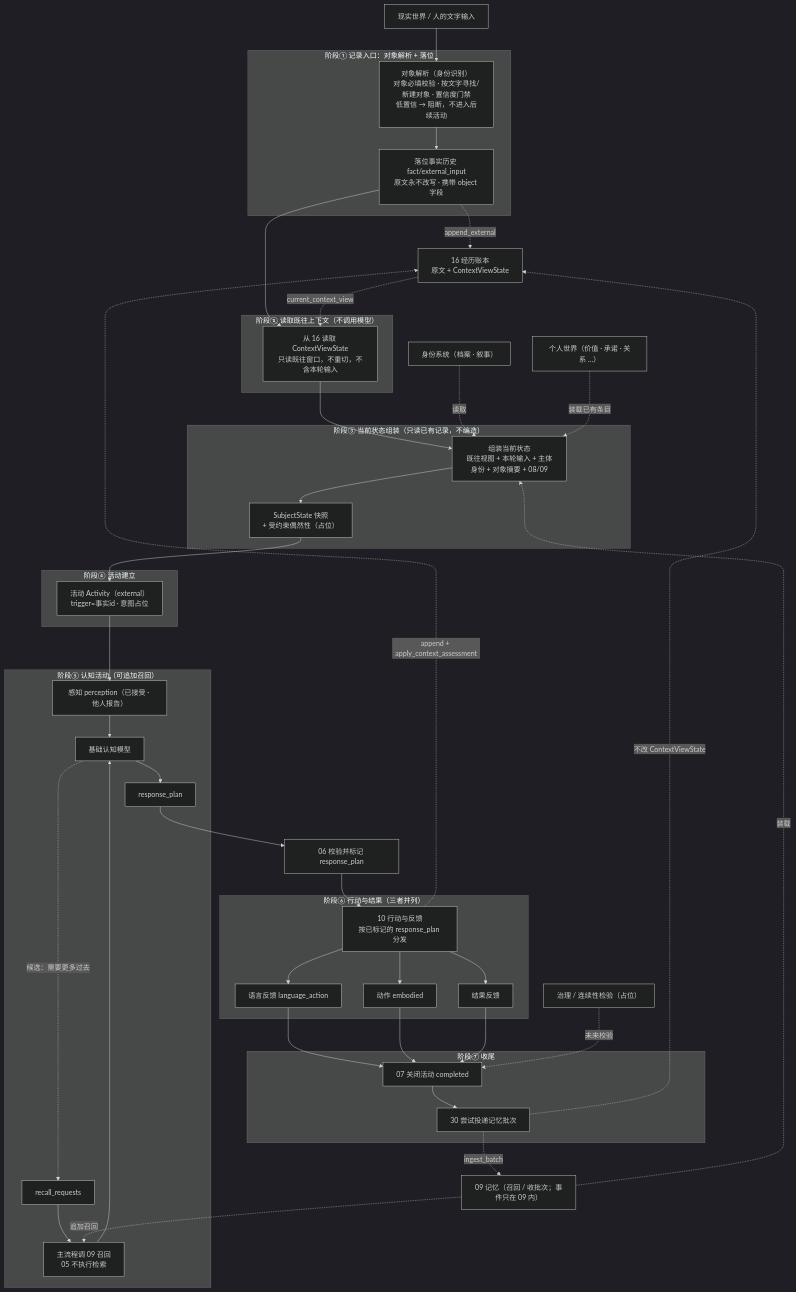
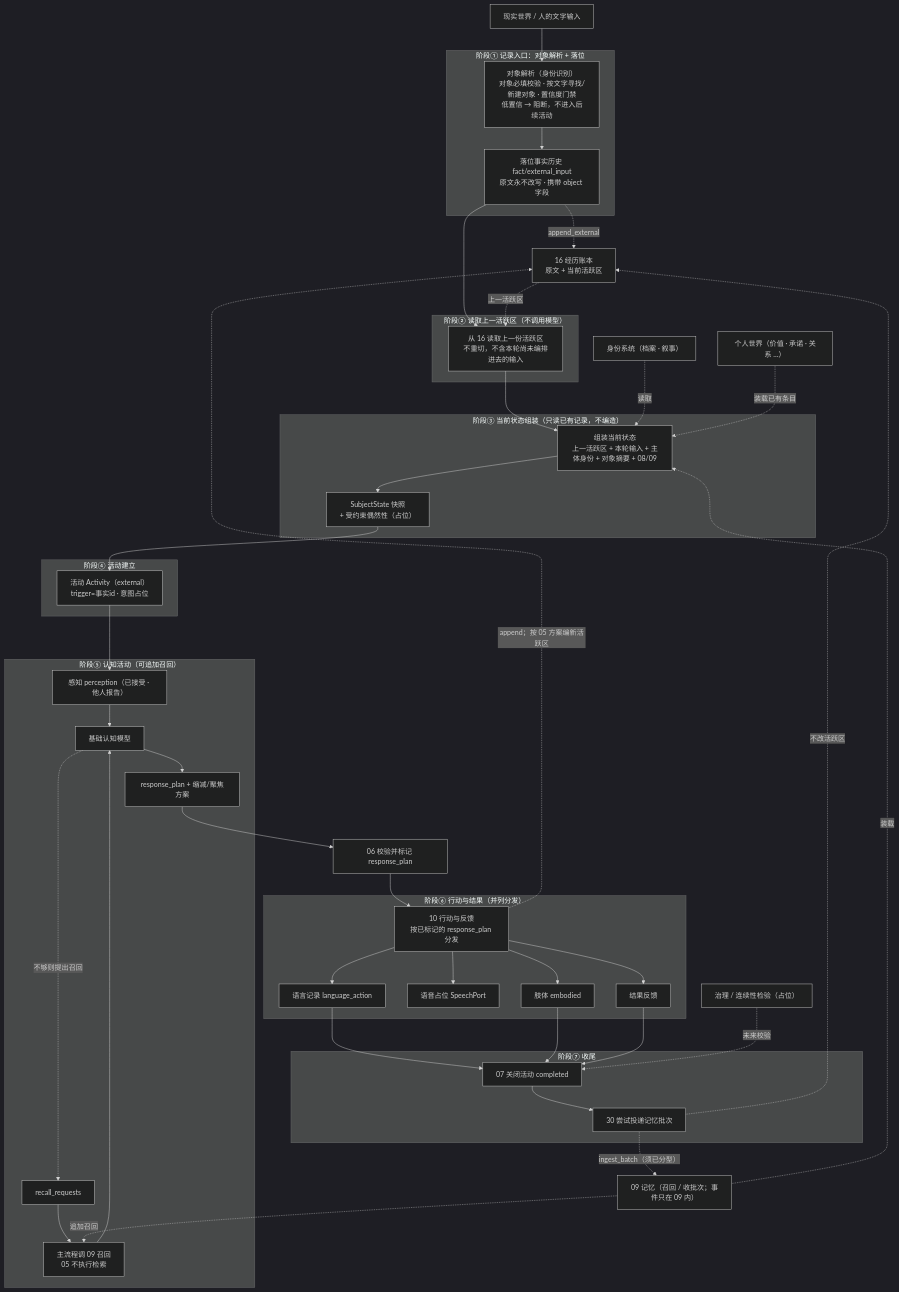
The diagram in doc/design/00-流程总览与输入边界.md (Llllsuhdjhhd/JShi), drawn with Mermaid (dark theme) before and after one commit. The commit also changed other lines of this file and 41 other files, not shown here.

````diff
--- a/doc/design/00-流程总览与输入边界.md
+++ b/doc/design/00-流程总览与输入边界.md
@@ -27,14 +27,14 @@
     P2 -. "append_external" .-> LED
     P2 --> P3
 
-    subgraph S2["阶段② 读取既往上下文（不调用模型）"]
-        P3["从 16 读取 ContextViewState<br/>只读既往窗口，不重切，不含本轮输入"]
+    subgraph S2["阶段② 读取上一活跃区（不调用模型）"]
+        P3["从 16 读取上一份活跃区<br/>不重切，不含本轮尚未编排进去的输入"]
     end
 
     P3 --> P5
 
     subgraph S3["阶段③ 当前状态组装（只读已有记录，不编造）"]
-        P5["组装当前状态<br/>既往视图 + 本轮输入 + 主体身份 + 对象摘要 + 08/09"]
+        P5["组装当前状态<br/>上一活跃区 + 本轮输入 + 主体身份 + 对象摘要 + 08/09"]
         P5 --> P5C["SubjectState 快照<br/>+ 受约束偶然性（占位）"]
     end
 
@@ -49,10 +49,10 @@
     subgraph S5["阶段⑤ 认知活动（可追加召回）"]
         P7["感知 perception（已接受 · 他人报告）"]
         P8["基础认知模型"]
-        P9["response_plan"]
+        P9["response_plan + 缩减/聚焦方案"]
         P7 --> P8
         P8 --> P9
-        P8 -. "候选：需要更多过去" .-> Q1["recall_requests"]
+        P8 -. "不够则提出召回" .-> Q1["recall_requests"]
         Q1 --> Q2["主流程调 09 召回<br/>05 不执行检索"]
         Q2 --> P8
     end
@@ -60,12 +60,14 @@
     P9 --> P06["06 校验并标记 response_plan"]
     P06 --> P10
 
-    subgraph S6["阶段⑥ 行动与结果（三者并列）"]
+    subgraph S6["阶段⑥ 行动与结果（并列分发）"]
         P10["10 行动与反馈<br/>按已标记的 response_plan 分发"]
-        L["语言反馈 language_action"]
-        A["动作 embodied"]
+        L["语言记录 language_action"]
+        V["语音占位 SpeechPort"]
+        A["肢体 embodied"]
         R["结果反馈"]
         P10 --> L
+        P10 --> V
         P10 --> A
         P10 --> R
     end
@@ -82,16 +84,16 @@
 
     ID["身份系统（档案 · 叙事）"]
     PW["个人世界（价值 · 承诺 · 关系 …）"]
-    LED["16 经历账本<br/>原文 + ContextViewState"]
+    LED["16 经历账本<br/>原文 + 当前活跃区"]
     MEM["09 记忆（召回 / 收批次；事件只在 09 内）"]
     ID -. "读取" .-> P5
     PW -. "装载已有条目" .-> P5
-    LED -. "current_context_view" .-> P3
+    LED -. "上一活跃区" .-> P3
     MEM -. "装载" .-> P5
     MEM -. "追加召回" .-> Q2
-    P12 -. "ingest_batch" .-> MEM
-    P12 -. "不改 ContextViewState" .-> LED
-    P10 -. "append + apply_context_assessment" .-> LED
+    P12 -. "ingest_batch（须已分型）" .-> MEM
+    P12 -. "不改活跃区" .-> LED
+    P10 -. "append；按 05 方案编新活跃区" .-> LED
 
     G1["治理 / 连续性检验（占位）"] -. "未来校验" .-> P11
 ```
````
